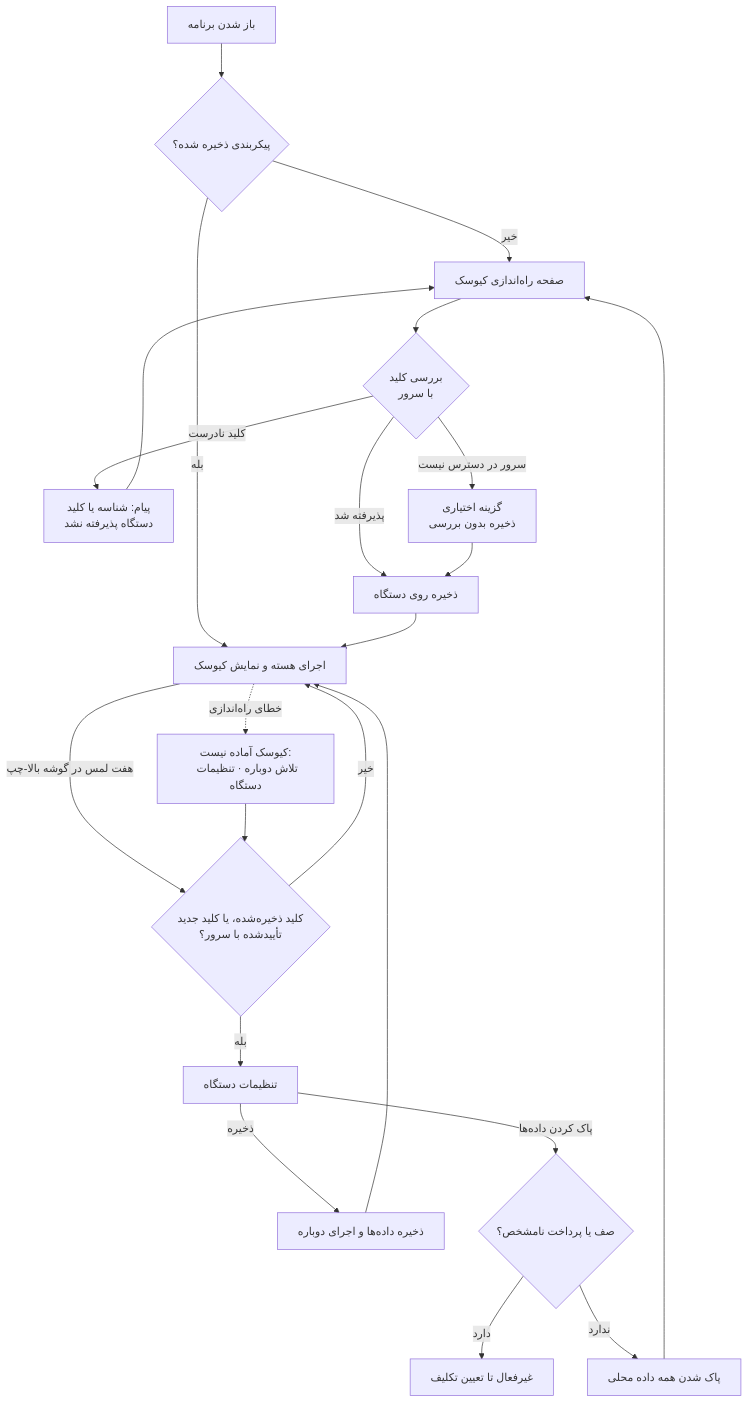
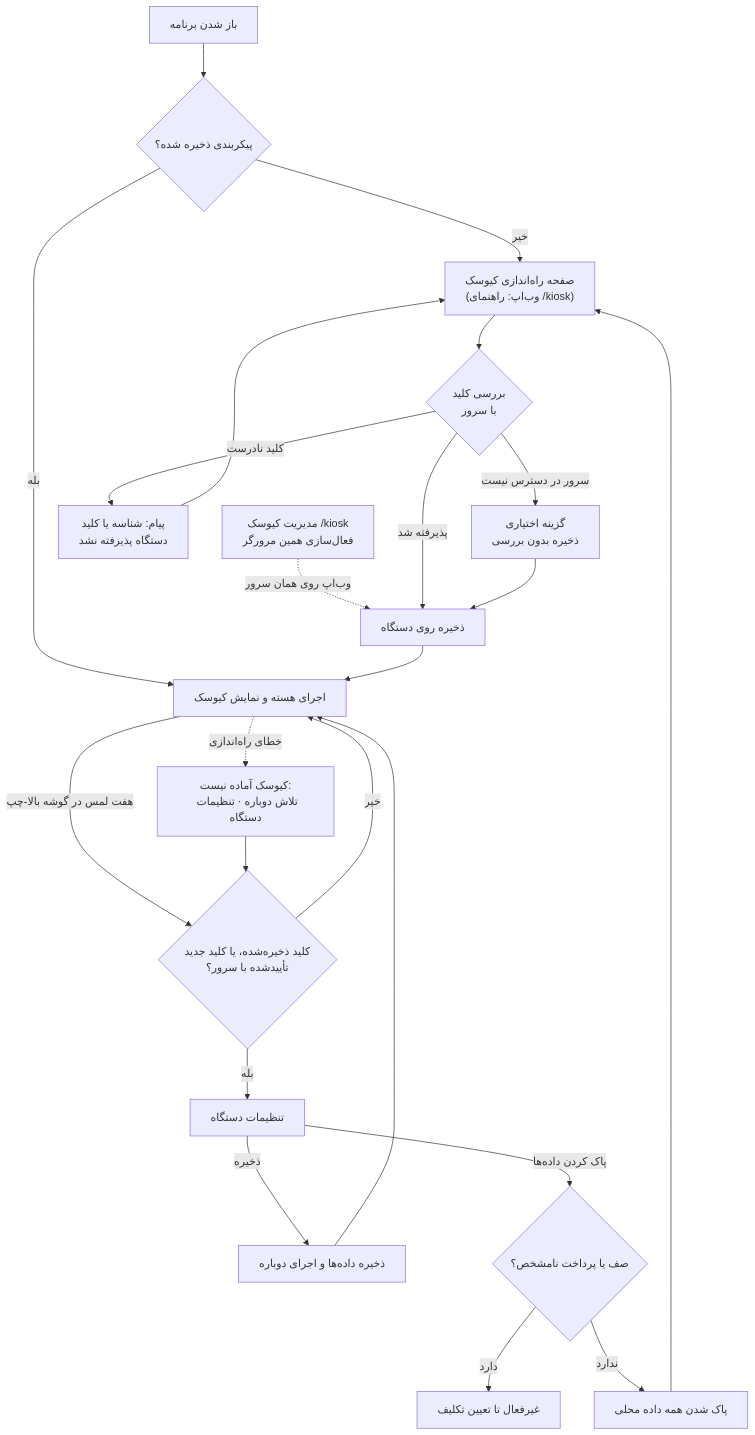
Before and after one commit to daneshavaran123-lab/andishkadeh: the ninth of 10 diagrams in README.md, drawn with Mermaid. The commit also changed other lines of this file and 45 other files, not shown here.

````diff
--- a/README.md
+++ b/README.md
@@ -337,19 +348,20 @@
 ```mermaid
 flowchart TD
   O["باز شدن برنامه"] --> Q{"پیکربندی ذخیره شده؟"}
-  Q -- "خیر" --> S["صفحه راه‌اندازی کیوسک"]
+  Q -- "خیر" --> S["صفحه راه‌اندازی کیوسک<br/>(وب‌اپ: راهنمای /kiosk)"]
+  K["مدیریت کیوسک /kiosk<br/>فعال‌سازی همین مرورگر"] -. "وب‌اپ روی همان سرور" .-> SAVE
   S --> V{"بررسی کلید<br/>با سرور"}
   V -- "پذیرفته شد" --> SAVE["ذخیره روی دستگاه"]
   V -- "کلید نادرست" --> E1["پیام: شناسه یا کلید<br/>دستگاه پذیرفته نشد"] --> S
   V -- "سرور در دسترس نیست" --> E2["گزینه اختیاری<br/>ذخیره بدون بررسی"] --> SAVE
   Q -- "بله" --> RUN
   SAVE --> RUN["اجرای هسته و نمایش کیوسک"]
   RUN -- "هفت لمس در گوشه بالا-چپ" --> G{"کلید ذخیره‌شده، یا کلید جدید<br/>تأییدشده با سرور؟"}
   RUN -. "خطای راه‌اندازی" .-> ERR["کیوسک آماده نیست:<br/>تلاش دوباره · تنظیمات دستگاه"] --> G
   G -- "خیر" --> RUN
   G -- "بله" --> SET["تنظیمات دستگاه"]
   SET -- "ذخیره" --> RL["ذخیره داده‌ها و اجرای دوباره"] --> RUN
   SET -- "پاک کردن داده‌ها" --> CHK{"صف یا پرداخت نامشخص؟"}
   CHK -- "دارد" --> BLK["غیرفعال تا تعیین تکلیف"]
   CHK -- "ندارد" --> WIPE["پاک شدن همه داده محلی"] --> S
 ```
````
